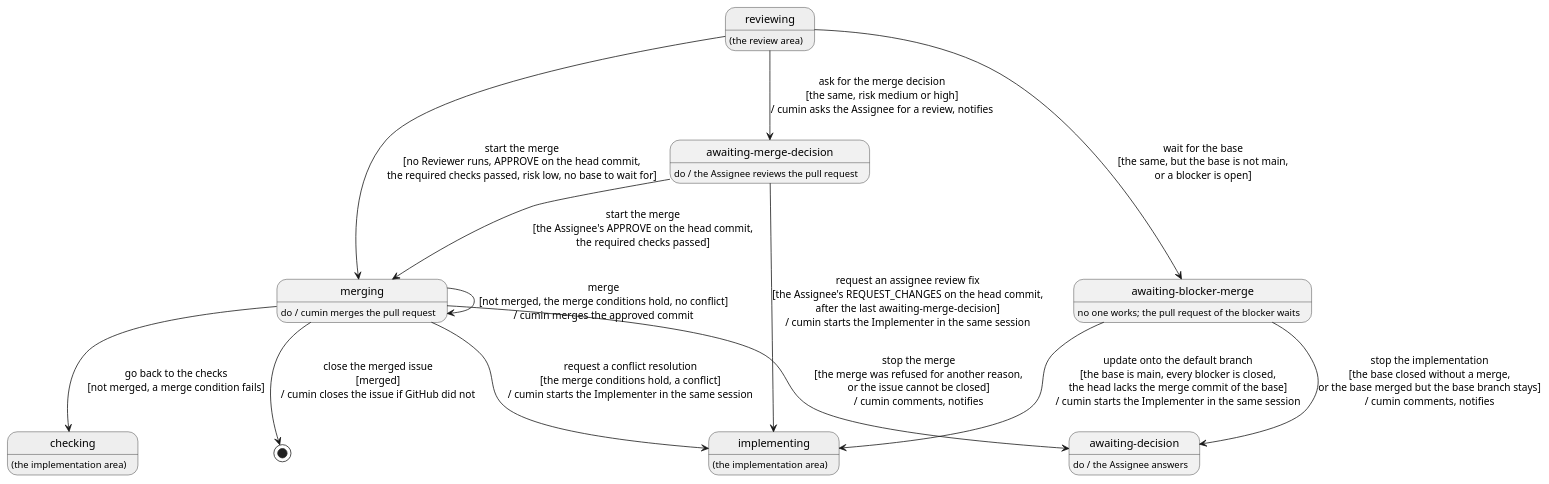
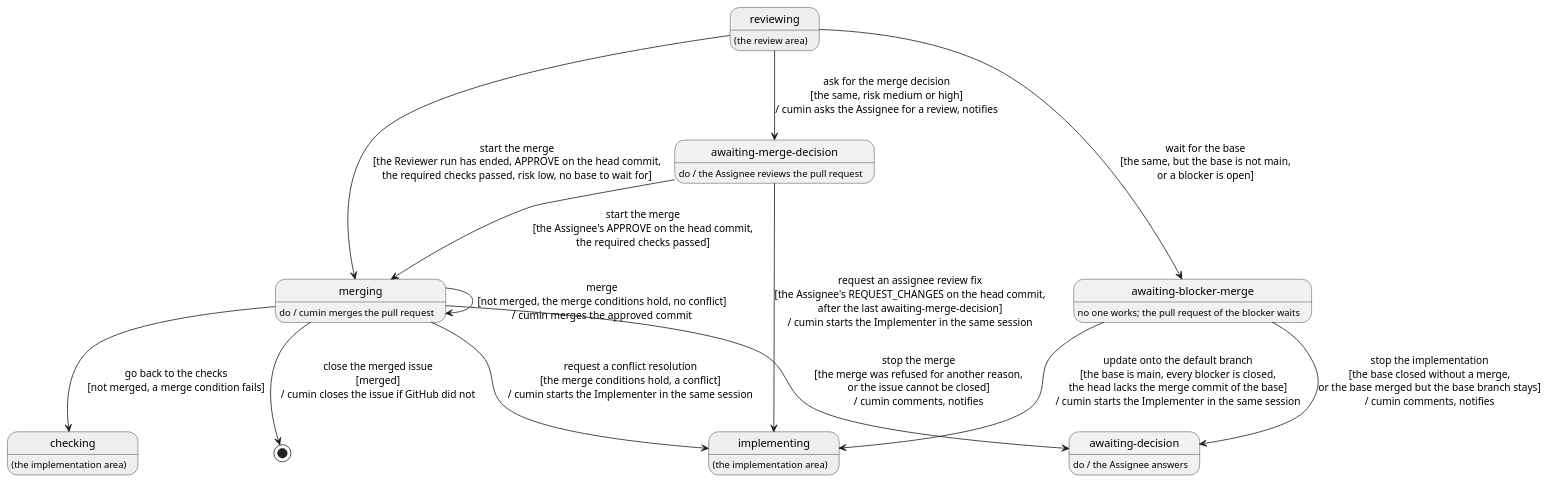
The diagram in docs/ja/requirements/merge/overview.puml (cloveclovedev/cumin-works), drawn with PlantUML before and after one commit. The commit also changed 21 other files, not shown here.

First line of the commit message:
docs(requirements): revise IMPL and state permission checks and ended runs plainly

```diff
--- a/docs/ja/requirements/merge/overview.puml
+++ b/docs/ja/requirements/merge/overview.puml
@@ -1,43 +1,43 @@
 @startuml overview
 ' cumin-works - the states of an implementation issue in the merge stage.
 ' A state is a label on GitHub, written without "cumin/status/". "do /" says who works in the state.
 ' A transition is written: action [guard] / what cumin does. A gray state belongs to another area.
 ' Render: run scripts/render-diagrams.sh at the root of the repository.
 
 hide empty description
 
 state "reviewing" as Reviewing #EEEEEE
 Reviewing : (the review area)
 
 state "awaiting-merge-decision" as MergeDecision
 MergeDecision : do / the Assignee reviews the pull request
 
 state "merging" as Merging
 Merging : do / cumin merges the pull request
 
 state "implementing" as Implementing #EEEEEE
 Implementing : (the implementation area)
 
 state "checking" as Checking #EEEEEE
 Checking : (the implementation area)
 
 state "awaiting-blocker-merge" as AwaitingBase
 AwaitingBase : no one works; the pull request of the blocker waits
 
 state "awaiting-decision" as Decision
 Decision : do / the Assignee answers
 
-Reviewing --> Merging : start the merge\n[no Reviewer runs, APPROVE on the head commit,\nthe required checks passed, risk low, no base to wait for]
+Reviewing --> Merging : start the merge\n[the Reviewer run has ended, APPROVE on the head commit,\nthe required checks passed, risk low, no base to wait for]
 Reviewing --> MergeDecision : ask for the merge decision\n[the same, risk medium or high]\n/ cumin asks the Assignee for a review, notifies
 MergeDecision --> Merging : start the merge\n[the Assignee's APPROVE on the head commit,\nthe required checks passed]
 MergeDecision --> Implementing : request an assignee review fix\n[the Assignee's REQUEST_CHANGES on the head commit,\nafter the last awaiting-merge-decision]\n/ cumin starts the Implementer in the same session
 Reviewing --> AwaitingBase : wait for the base\n[the same, but the base is not main,\nor a blocker is open]
 AwaitingBase --> Implementing : update onto the default branch\n[the base is main, every blocker is closed,\nthe head lacks the merge commit of the base]\n/ cumin starts the Implementer in the same session
 AwaitingBase --> Decision : stop the implementation\n[the base closed without a merge,\nor the base merged but the base branch stays]\n/ cumin comments, notifies
 Merging --> Merging : merge\n[not merged, the merge conditions hold, no conflict]\n/ cumin merges the approved commit
 Merging --> [*] : close the merged issue\n[merged]\n/ cumin closes the issue if GitHub did not
 Merging --> Checking : go back to the checks\n[not merged, a merge condition fails]
 Merging --> Implementing : request a conflict resolution\n[the merge conditions hold, a conflict]\n/ cumin starts the Implementer in the same session
 Merging --> Decision : stop the merge\n[the merge was refused for another reason,\nor the issue cannot be closed]\n/ cumin comments, notifies
 
 @enduml
```
